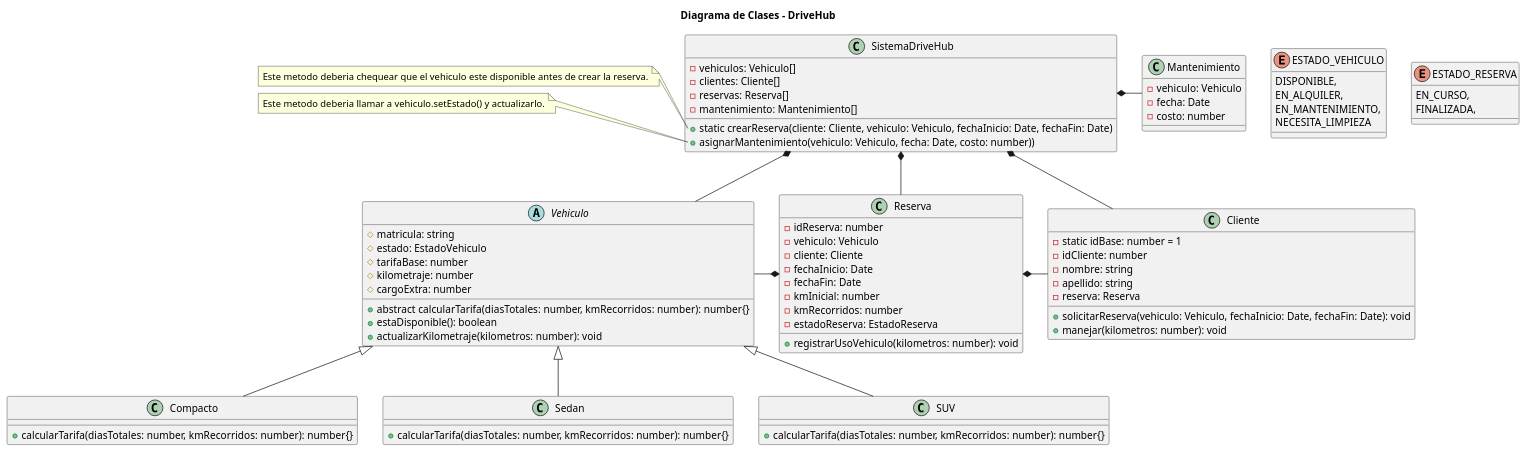
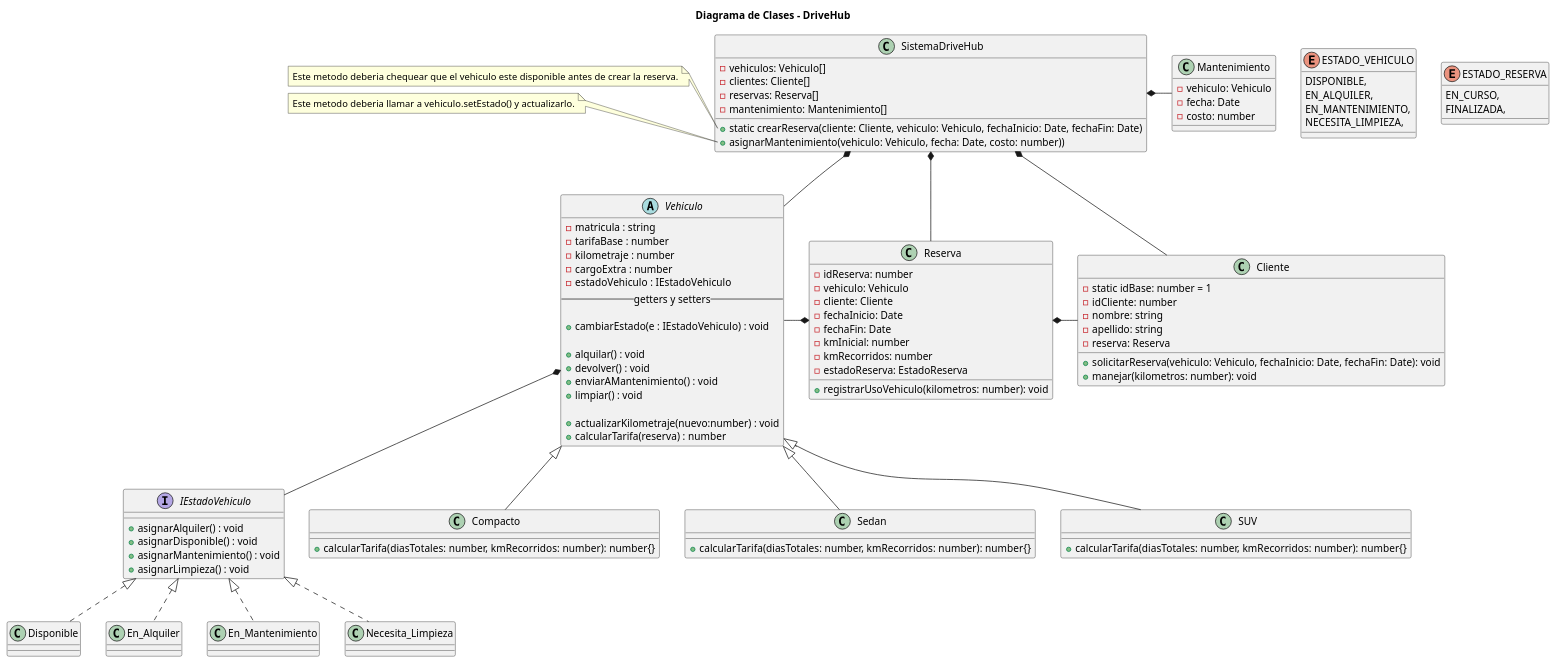
The diagram in diagram/clases.puml (MatiasFernandez87/DriveHub_TP), drawn with PlantUML before and after one commit. The commit also changed 14 other files, not shown here.

```diff
--- a/diagram/clases.puml
+++ b/diagram/clases.puml
@@ -1,104 +1,124 @@
 @startuml DriveHub
 
 ' El diagrama de clases es orientativo, podra sufrir cambios a medida que avance el proyecto.
 
 title Diagrama de Clases - DriveHub
 
+
 enum ESTADO_VEHICULO {
     DISPONIBLE,
     EN_ALQUILER,
     EN_MANTENIMIENTO,
-    NECESITA_LIMPIEZA
+    NECESITA_LIMPIEZA,
 }
 
 enum ESTADO_RESERVA{
     EN_CURSO,
     FINALIZADA,
 }
 
+interface IEstadoVehiculo {
+    + asignarAlquiler() : void
+    + asignarDisponible() : void
+    + asignarMantenimiento() : void
+    + asignarLimpieza() : void
+}
+
+class Disponible implements IEstadoVehiculo
+class En_Alquiler implements IEstadoVehiculo
+class En_Mantenimiento implements IEstadoVehiculo
+class Necesita_Limpieza implements IEstadoVehiculo
+
 abstract class Vehiculo {
-    # matricula: string
-    # estado: EstadoVehiculo
-    # tarifaBase: number
-    # kilometraje: number
-    # cargoExtra: number
+    - matricula : string
+    - tarifaBase : number
+    - kilometraje : number
+    - cargoExtra : number
+    - estadoVehiculo : IEstadoVehiculo
+    --getters y setters--
 
-    + abstract calcularTarifa(diasTotales: number, kmRecorridos: number): number{}
-    + estaDisponible(): boolean
-    + actualizarKilometraje(kilometros: number): void
+    + cambiarEstado(e : IEstadoVehiculo) : void
 
+    + alquilar() : void
+    + devolver() : void
+    + enviarAMantenimiento() : void
+    + limpiar() : void
+
+    + actualizarKilometraje(nuevo:number) : void
+    + calcularTarifa(reserva) : number
 }
 
 class Compacto extends Vehiculo {
     + calcularTarifa(diasTotales: number, kmRecorridos: number): number{}
 }
 
 class Sedan extends Vehiculo {
     + calcularTarifa(diasTotales: number, kmRecorridos: number): number{}
 }
 
 class SUV extends Vehiculo {
     + calcularTarifa(diasTotales: number, kmRecorridos: number): number{}
 }
 
 class Cliente {
     - static idBase: number = 1
     - idCliente: number
     - nombre: string
     - apellido: string
     - reserva: Reserva
 
     + solicitarReserva(vehiculo: Vehiculo, fechaInicio: Date, fechaFin: Date): void
     + manejar(kilometros: number): void
     
 }
 
 class Reserva {
     - idReserva: number
     - vehiculo: Vehiculo
     - cliente: Cliente
     - fechaInicio: Date
     - fechaFin: Date
     - kmInicial: number
     - kmRecorridos: number
     - estadoReserva: EstadoReserva    
 
     + registrarUsoVehiculo(kilometros: number): void
 }
 
 class Mantenimiento {
     - vehiculo: Vehiculo
     - fecha: Date
     - costo: number
 }
 
 class SistemaDriveHub {
     - vehiculos: Vehiculo[]
     - clientes: Cliente[]
     - reservas: Reserva[]
     - mantenimiento: Mantenimiento[]    
 
     + static crearReserva(cliente: Cliente, vehiculo: Vehiculo, fechaInicio: Date, fechaFin: Date)        
     + asignarMantenimiento(vehiculo: Vehiculo, fecha: Date, costo: number)) 
 
 }
 
 'notas
 note left of SistemaDriveHub::crearReserva
     Este metodo deberia chequear que el vehiculo este disponible antes de crear la reserva.
 end note
 
 note left of SistemaDriveHub::asignarMantenimiento
     Este metodo deberia llamar a vehiculo.setEstado() y actualizarlo.
 end note
 
 
 SistemaDriveHub *-- Vehiculo
 SistemaDriveHub *-- Cliente
 SistemaDriveHub *-- Reserva
 SistemaDriveHub *-r- Mantenimiento
+Vehiculo *-- IEstadoVehiculo
 
 Reserva *-r- Cliente
 Reserva *-l- Vehiculo
 
 @enduml
```
